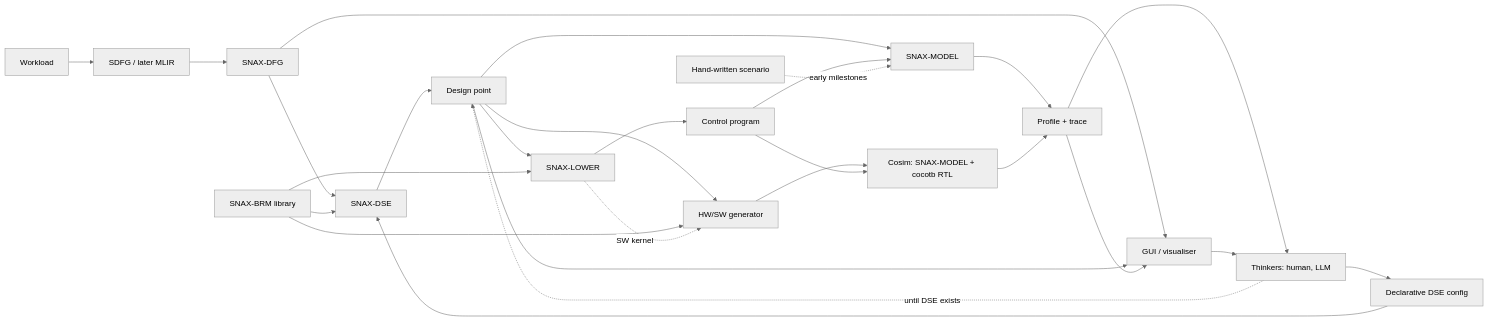
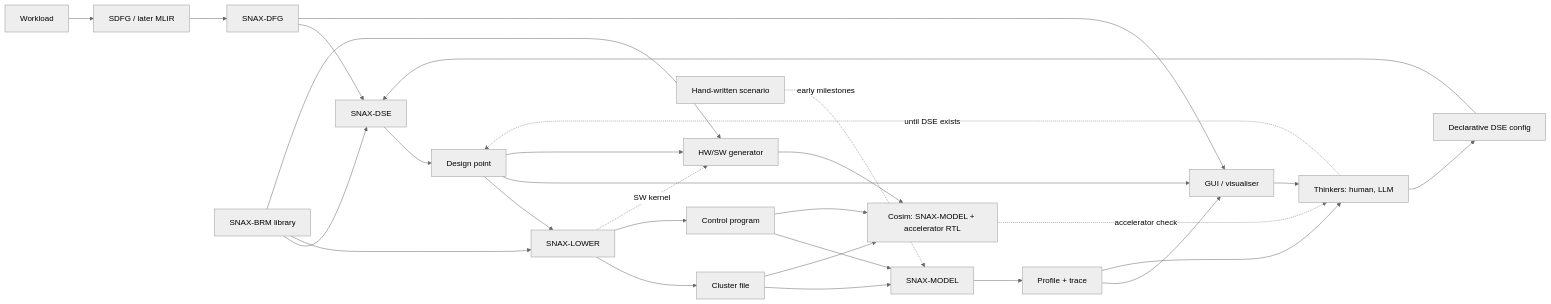
Before and after one commit to KULeuven-MICAS/snax-forge: the diagram in docs/ARCHITECTURE.md, drawn with Mermaid (neutral theme). The commit also changed other lines of this file and 9 other files, not shown here.

````diff
--- a/docs/ARCHITECTURE.md
+++ b/docs/ARCHITECTURE.md
@@ -76,28 +83,30 @@
 ```mermaid
 flowchart LR
     W[Workload] --> IR[SDFG / later MLIR] --> DFG[SNAX-DFG]
     DFG --> DSE[SNAX-DSE]
     BRM[SNAX-BRM library] --> DSE
     CFG[Declarative DSE config] --> DSE
     DSE --> PLAN[Design point]
     PLAN --> LOWER[SNAX-LOWER]
     BRM --> LOWER
+    LOWER --> CF[Cluster file]
     LOWER --> CP[Control program]
-    PLAN --> MODEL[SNAX-MODEL]
+    CF --> MODEL[SNAX-MODEL]
     CP --> MODEL
     SC[Hand-written scenario] -. early milestones .-> MODEL
     MODEL --> FB[Profile + trace]
     DFG --> VIS[GUI / visualiser]
     PLAN --> VIS
     FB --> VIS
     FB --> T[Thinkers: human, LLM]
     VIS --> T
     T --> CFG
     T -. until DSE exists .-> PLAN
     PLAN --> GEN[HW/SW generator]
     BRM --> GEN
     LOWER -. SW kernel .-> GEN
-    GEN --> COSIM[Cosim: SNAX-MODEL + cocotb RTL]
+    GEN --> COSIM[Cosim: SNAX-MODEL + accelerator RTL]
+    CF --> COSIM
     CP --> COSIM
-    COSIM --> FB
+    COSIM -. accelerator check .-> T
 ```
````
